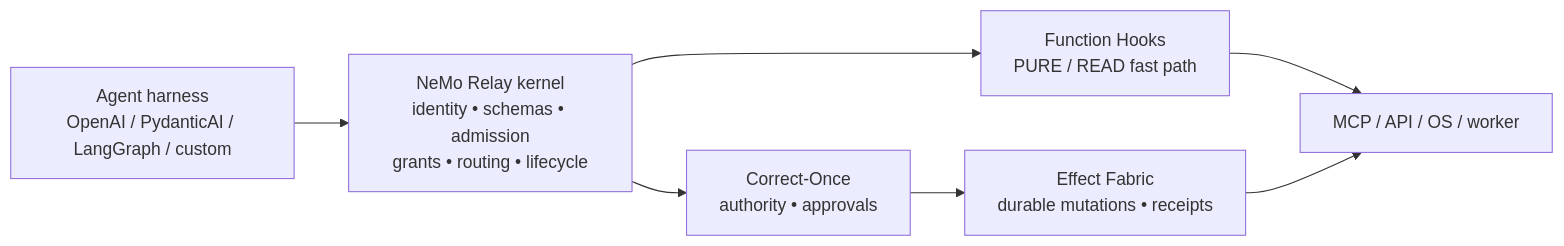
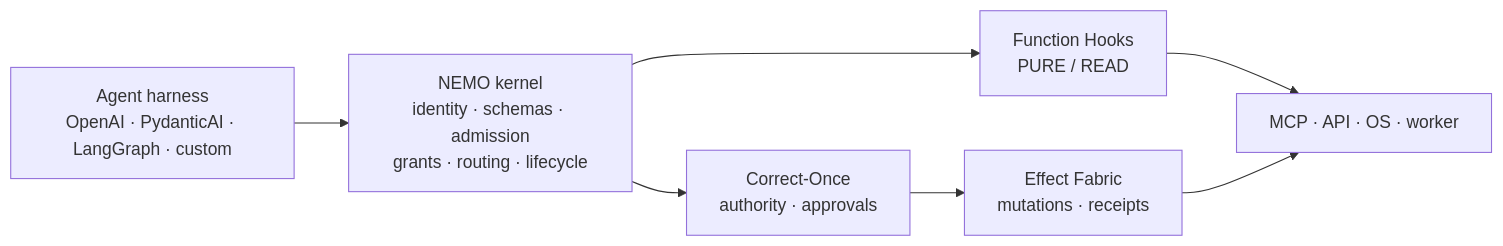
The diagram in README.md (dawsonblock/NEMO), drawn with Mermaid before and after one commit. The commit also changed other lines of this file, not shown here.

````diff
--- a/README.md
+++ b/README.md
@@ -32,16 +56,16 @@
 ```mermaid
 flowchart LR
-    A[Agent harness\nOpenAI / PydanticAI / LangGraph / custom]
-    N[NeMo Relay kernel\nidentity • schemas • admission\ngrants • routing • lifecycle]
-    F[Function Hooks\nPURE / READ fast path]
-    C[Correct-Once\nauthority • approvals]
-    E[Effect Fabric\ndurable mutations • receipts]
-    X[MCP / API / OS / worker]
+    A["Agent harness<br/>OpenAI · PydanticAI · LangGraph · custom"]
+    N["NEMO kernel<br/>identity · schemas · admission<br/>grants · routing · lifecycle"]
+    F["Function Hooks<br/>PURE / READ"]
+    C["Correct-Once<br/>authority · approvals"]
+    E["Effect Fabric<br/>mutations · receipts"]
+    X["MCP · API · OS · worker"]
 
     A --> N
     N --> F
     N --> C
     C --> E
     F --> X
     E --> X
 ```
````
